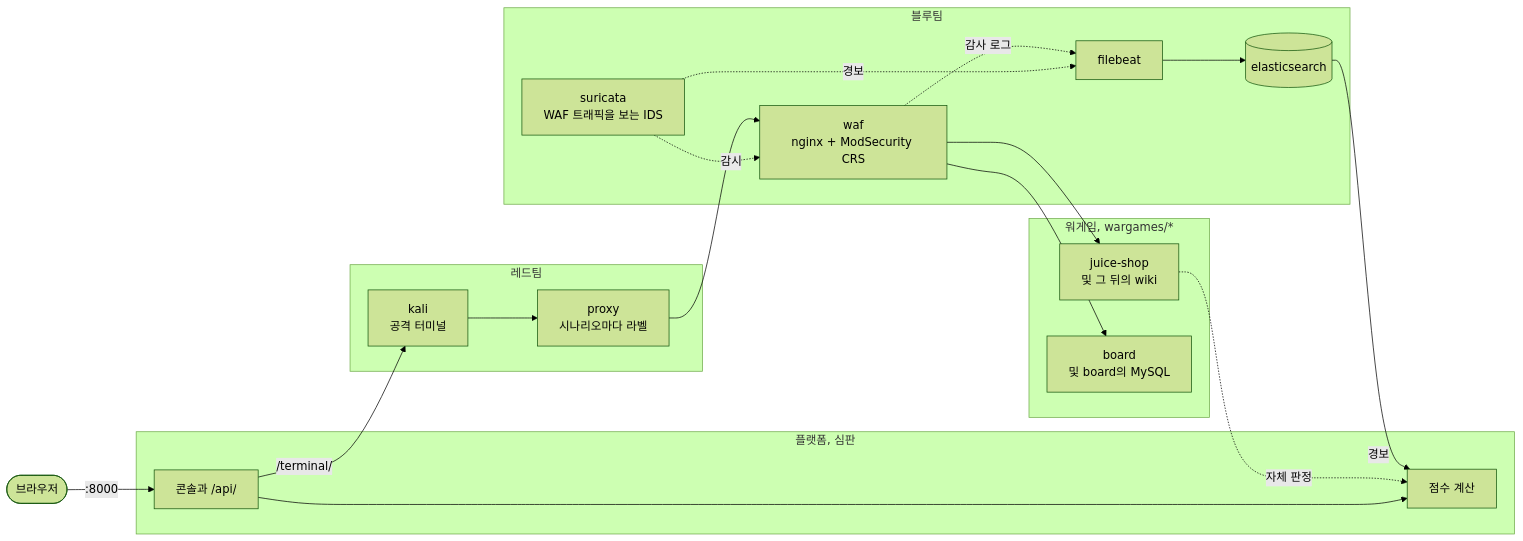
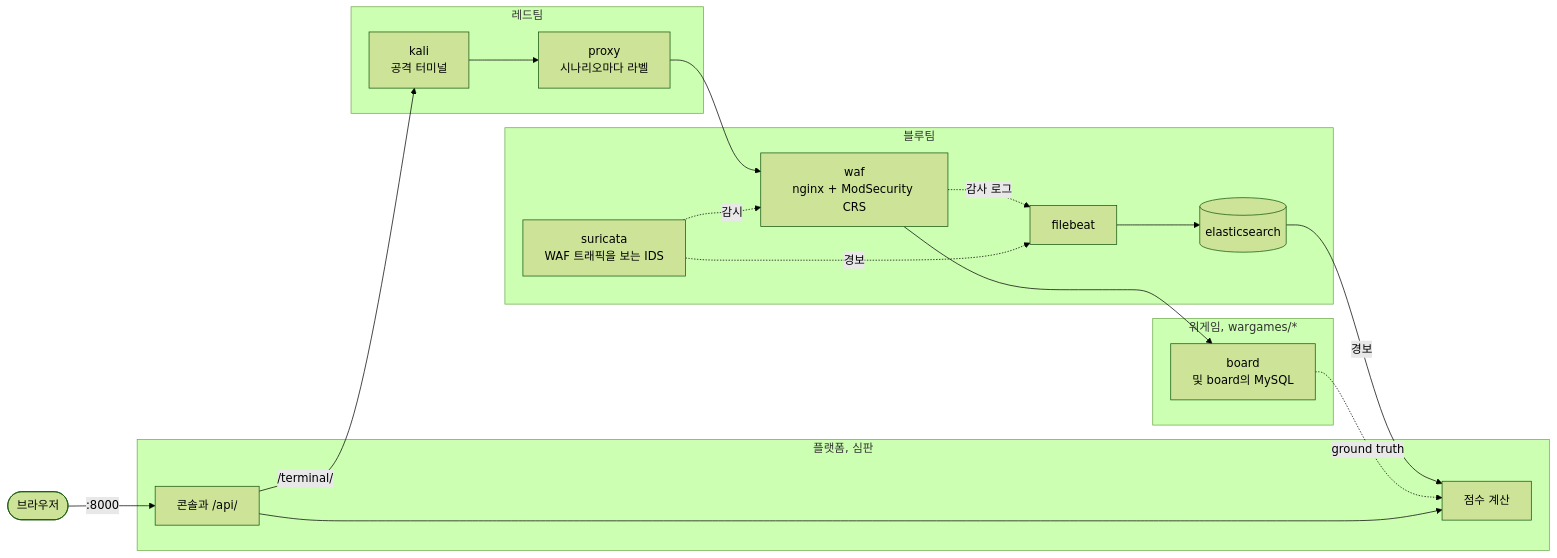
Before and after one commit to Nekonic/fsl-project-mvp: the second of 2 diagrams in README.ko.md, drawn with Mermaid (forest theme). The commit also changed other lines of this file and 5 other files, not shown here.

Commit message:
docs: board-only, loot_verified reality; drop Juice Shop and the wiki

````diff
--- a/README.ko.md
+++ b/README.ko.md
@@ -48,40 +48,38 @@
 ```mermaid
 flowchart LR
   person(["브라우저"])
 
   subgraph red["레드팀"]
     kali["kali<br/>공격 터미널"]
     proxy["proxy<br/>시나리오마다 라벨"]
   end
 
   subgraph blue["블루팀"]
     waf["waf<br/>nginx + ModSecurity CRS"]
     suricata["suricata<br/>WAF 트래픽을 보는 IDS"]
     filebeat["filebeat"]
     es[("elasticsearch")]
   end
 
   subgraph wargames["워게임, wargames/*"]
-    juice["juice-shop<br/>및 그 뒤의 wiki"]
     board["board<br/>및 board의 MySQL"]
   end
 
   subgraph platform["플랫폼, 심판"]
     console["콘솔과 /api/"]
     scoring["점수 계산"]
   end
 
   person -->|":8000"| console
   console -->|"/terminal/"| kali
   kali --> proxy
   proxy --> waf
-  waf --> juice
   waf --> board
   suricata -.->|감시| waf
   waf -.->|감사 로그| filebeat
   suricata -.->|경보| filebeat
   filebeat --> es
   es -->|경보| scoring
-  juice -.->|자체 판정| scoring
+  board -.->|ground truth| scoring
   console --> scoring
 ```
````
